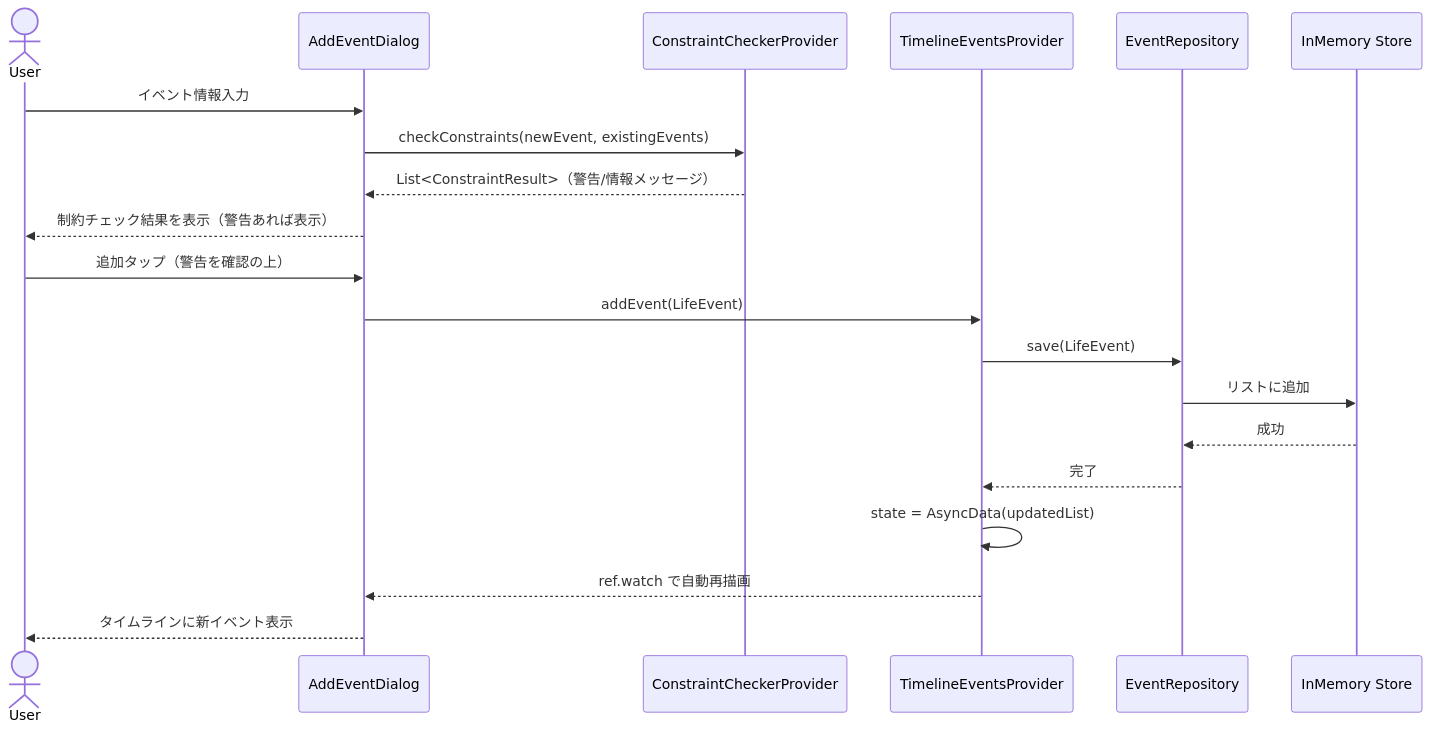
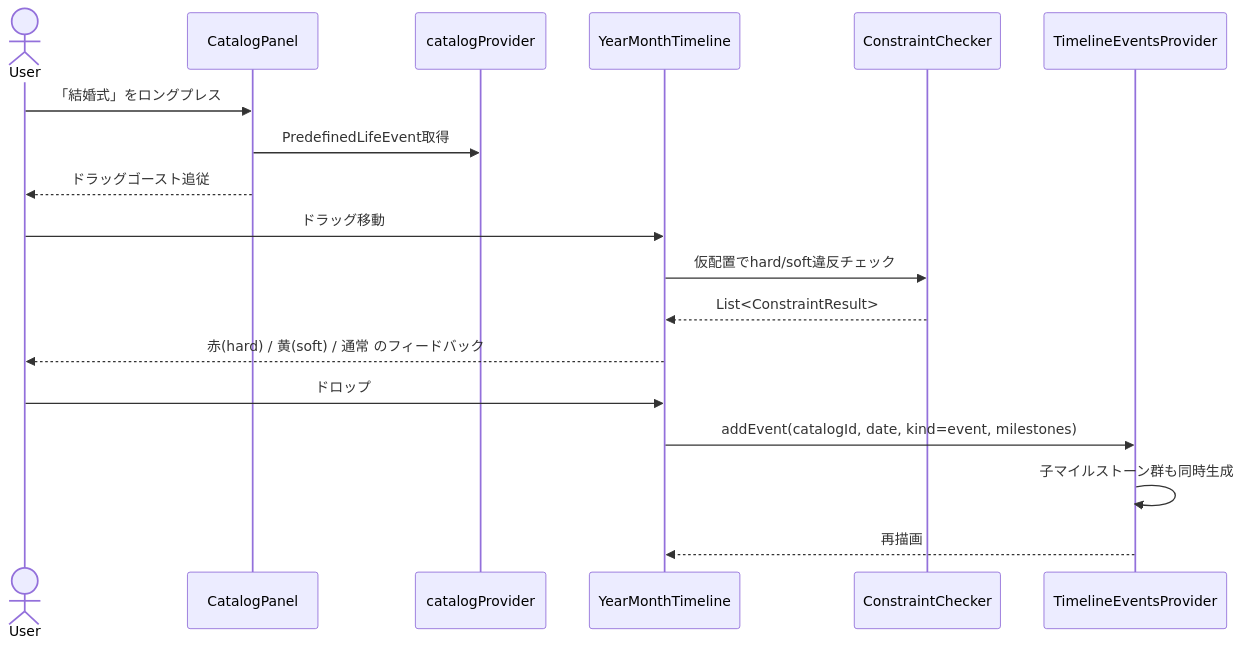
One commit to vdnih/life-compass-tokyo changed the second of 3 diagrams in docs/SOFTWARE_ARCHITECTURE.md. Above: the diagram before and after it, drawn with Mermaid. The commit also changed other lines of this file and 59 other files, not shown here.

````diff
--- a/docs/SOFTWARE_ARCHITECTURE.md
+++ b/docs/SOFTWARE_ARCHITECTURE.md
@@ -150,23 +221,21 @@
 ```mermaid
 sequenceDiagram
     actor User
-    participant UI as AddEventDialog
-    participant Checker as ConstraintCheckerProvider
+    participant Panel as CatalogPanel
+    participant Catalog as catalogProvider
+    participant TL as YearMonthTimeline
+    participant Checker as ConstraintChecker
     participant Logic as TimelineEventsProvider
-    participant Data as EventRepository
-    participant Store as InMemory Store
 
-    User->>UI: イベント情報入力
-    UI->>Checker: checkConstraints(newEvent, existingEvents)
-    Checker-->>UI: List<ConstraintResult>（警告/情報メッセージ）
-    UI-->>User: 制約チェック結果を表示（警告あれば表示）
-    User->>UI: 追加タップ（警告を確認の上）
-    UI->>Logic: addEvent(LifeEvent)
-    Logic->>Data: save(LifeEvent)
-    Data->>Store: リストに追加
-    Store-->>Data: 成功
-    Data-->>Logic: 完了
-    Logic->>Logic: state = AsyncData(updatedList)
-    Logic-->>UI: ref.watch で自動再描画
-    UI-->>User: タイムラインに新イベント表示
+    User->>Panel: 「結婚式」をロングプレス
+    Panel->>Catalog: PredefinedLifeEvent取得
+    Panel-->>User: ドラッグゴースト追従
+    User->>TL: ドラッグ移動
+    TL->>Checker: 仮配置でhard/soft違反チェック
+    Checker-->>TL: List<ConstraintResult>
+    TL-->>User: 赤(hard) / 黄(soft) / 通常 のフィードバック
+    User->>TL: ドロップ
+    TL->>Logic: addEvent(catalogId, date, kind=event, milestones)
+    Logic->>Logic: 子マイルストーン群も同時生成
+    Logic-->>TL: 再描画
 ```
````
